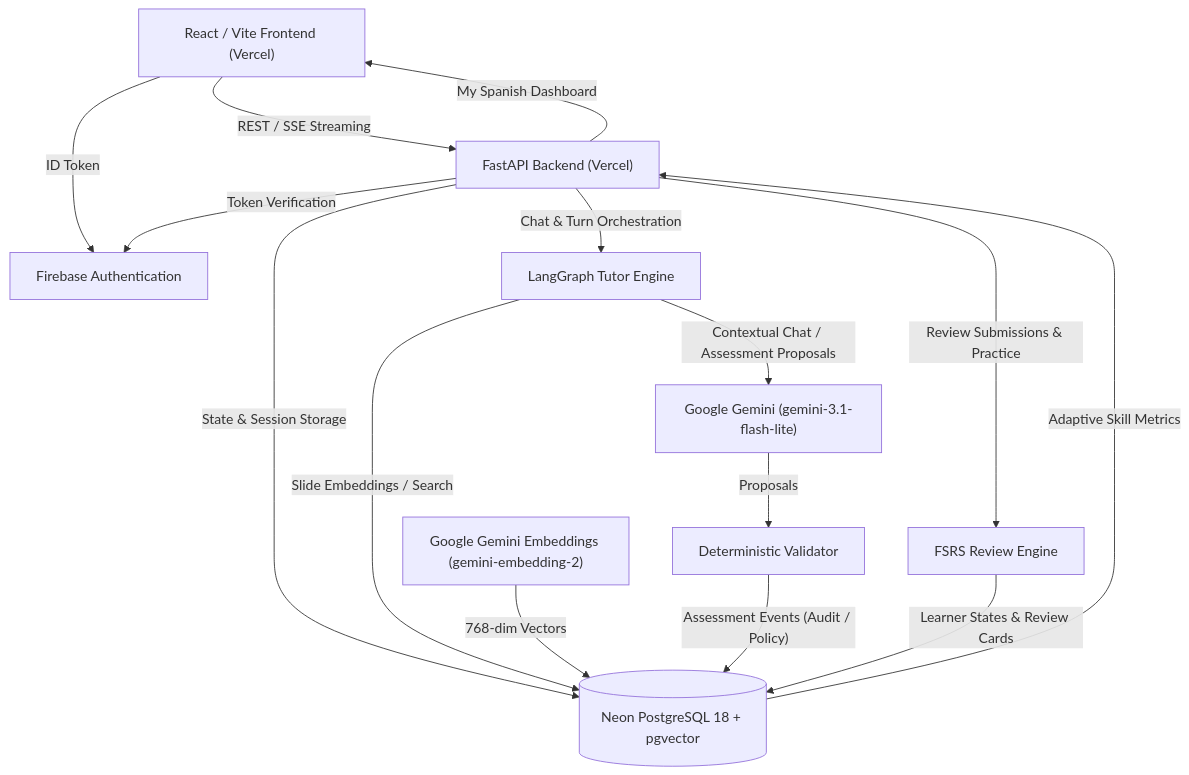
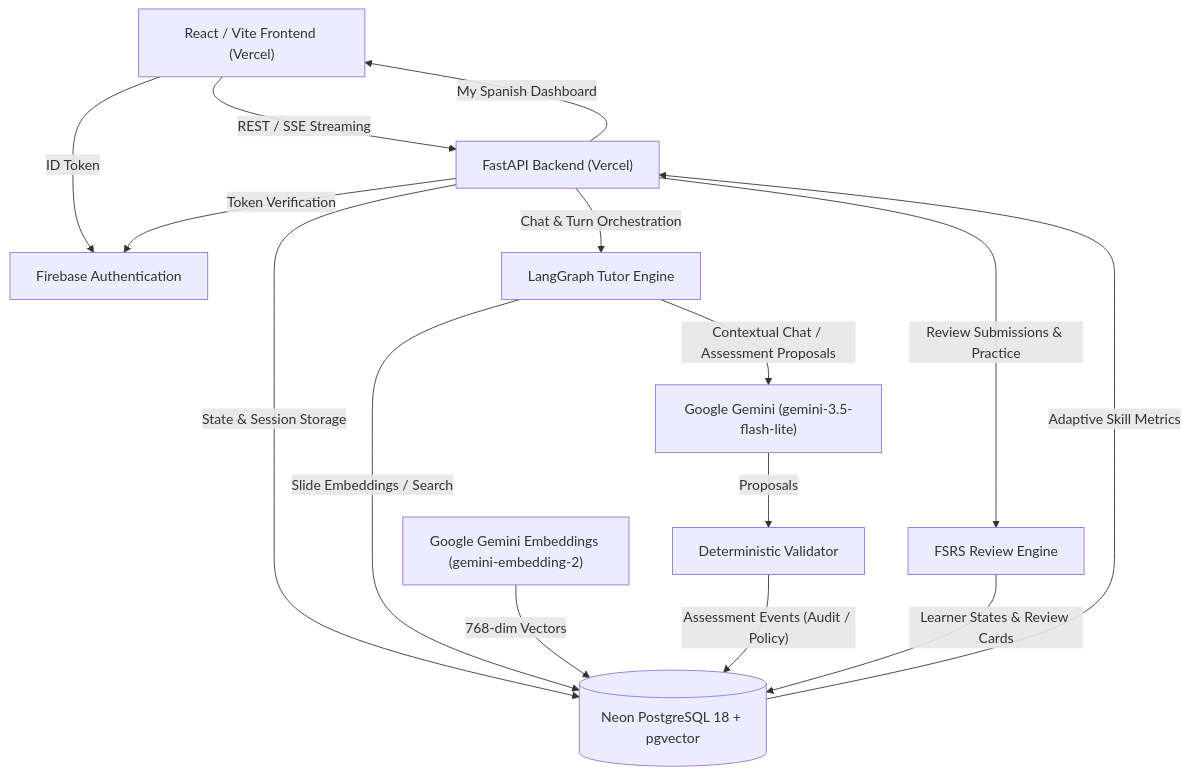
The diagram in README.md (farazkhan-05/SpanishAmigo-Adaptive-AI-Spanish-Tutor), drawn with Mermaid before and after one commit. The commit also changed other lines of this file and 4 other files, not shown here.

````diff
--- a/README.md
+++ b/README.md
@@ -16,27 +16,27 @@
 ```mermaid
 flowchart TD
     Client["React / Vite Frontend (Vercel)"]
     Auth["Firebase Authentication"]
     API["FastAPI Backend (Vercel)"]
     DB[("Neon PostgreSQL 18 + pgvector")]
     Orch["LangGraph Tutor Engine"]
-    LLM["Google Gemini (gemini-3.1-flash-lite)"]
+    LLM["Google Gemini (gemini-3.5-flash-lite)"]
     Embed["Google Gemini Embeddings (gemini-embedding-2)"]
     Validator["Deterministic Validator"]
     FSRS["FSRS Review Engine"]
 
     Client -->|"ID Token"| Auth
     Client -->|"REST / SSE Streaming"| API
     API -->|"Token Verification"| Auth
     API -->|"State & Session Storage"| DB
     API -->|"Chat & Turn Orchestration"| Orch
     Orch -->|"Slide Embeddings / Search"| DB
     Orch -->|"Contextual Chat / Assessment Proposals"| LLM
     Embed -->|"768-dim Vectors"| DB
     LLM -->|"Proposals"| Validator
     Validator -->|"Assessment Events (Audit / Policy)"| DB
     API -->|"Review Submissions & Practice"| FSRS
     FSRS -->|"Learner States & Review Cards"| DB
     DB -->|"Adaptive Skill Metrics"| API
     API -->|"My Spanish Dashboard"| Client
 ```
````
